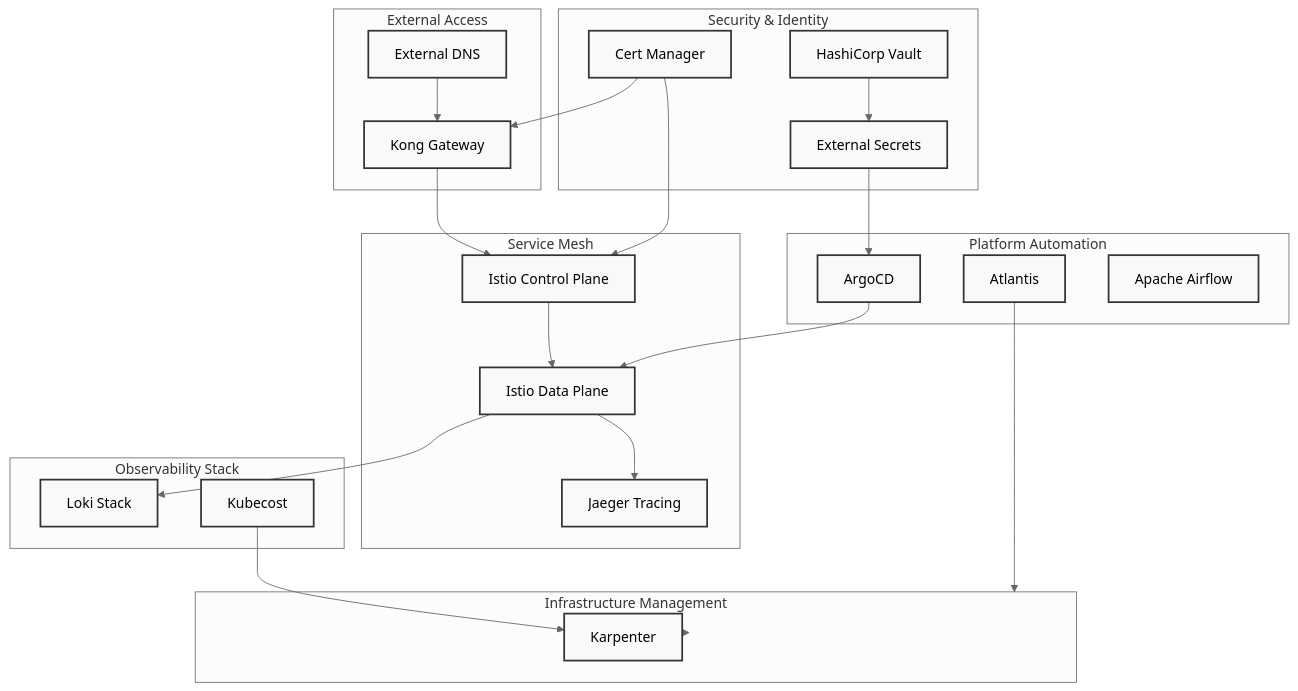
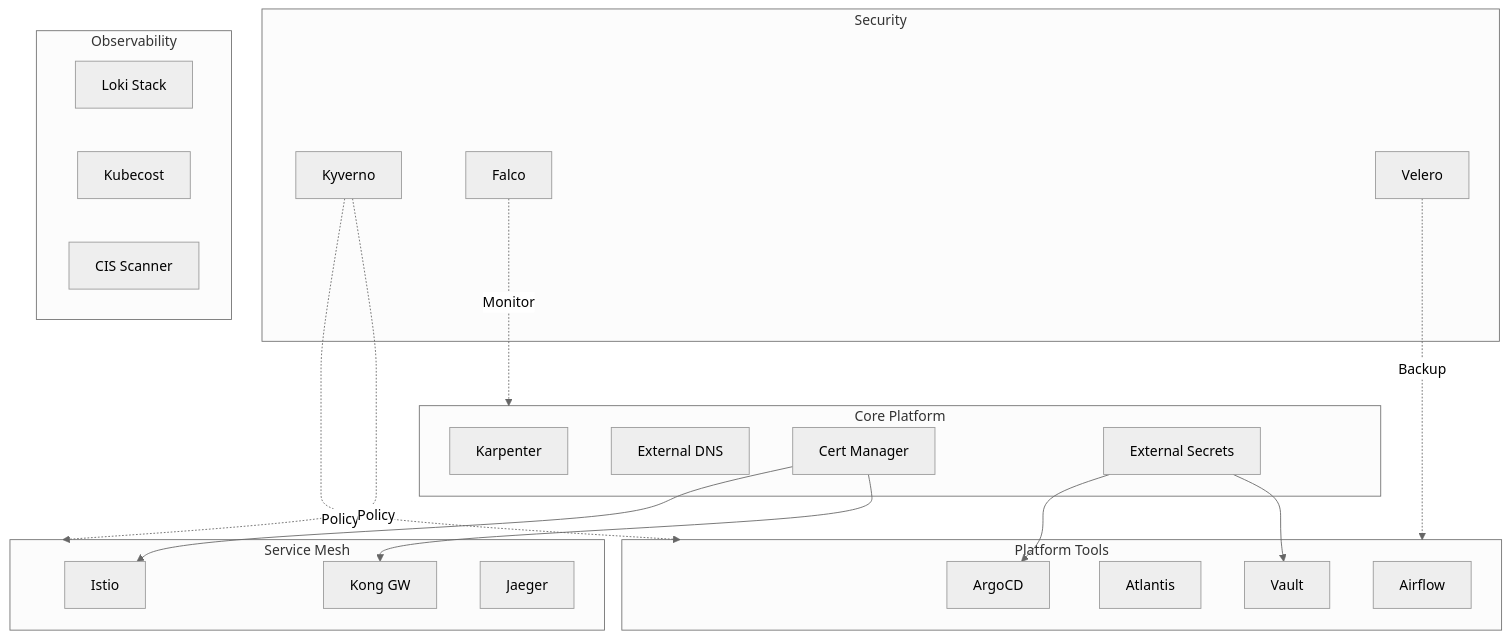
The diagram in README.md (cloudon-one/k8s-platform-modules), drawn with Mermaid (neutral theme) before and after one commit. The commit also changed other lines of this file and 35 other files, not shown here.

````diff
--- a/README.md
+++ b/README.md
@@ -47,62 +51,28 @@
 ```mermaid
 graph TB
-    subgraph External["External Access"]
-        DNS[External DNS]
-        KongGW[Kong Gateway]
+    subgraph Core["Core Platform"]
+        Karpenter & ExDNS["External DNS"] & CertMgr["Cert Manager"] & ExtSec["External Secrets"]
     end
 
-    subgraph Security["Security & Identity"]
-        Cert[Cert Manager]
-        Vault[HashiCorp Vault]
-        ExtSecrets[External Secrets]
+    subgraph Mesh["Service Mesh"]
+        Istio & Kong["Kong GW"] & Jaeger
     end
 
-    subgraph ServiceMesh["Service Mesh"]
-        Istio[Istio Control Plane]
-        IstioDP[Istio Data Plane]
-        Jaeger[Jaeger Tracing]
+    subgraph Sec["Security"]
+        Kyverno & Falco & Velero
     end
 
-    subgraph Observability["Observability Stack"]
-        Loki[Loki Stack]
-        Kubecost[Kubecost]
+    subgraph Obs["Observability"]
+        Loki["Loki Stack"] & Kubecost & Compliance["CIS Scanner"]
     end
 
-    subgraph Automation["Platform Automation"]
-        ArgoCD[ArgoCD]
-        Atlantis[Atlantis]
-        Airflow[Apache Airflow]
+    subgraph Tools["Platform Tools"]
+        ArgoCD & Atlantis & Vault & Airflow
     end
 
-    subgraph Infrastructure["Infrastructure Management"]
-        Karpenter[Karpenter]
-    end
-
-    %% External Access connections
-    DNS --> KongGW
-    KongGW --> Istio
-    
-    %% Security connections
-    Cert --> KongGW
-    Cert --> Istio
-    Vault --> ExtSecrets
-    ExtSecrets --> ArgoCD
-    
-    %% Service Mesh connections
-    Istio --> IstioDP
-    IstioDP --> Jaeger
-    
-    %% Observability connections
-    IstioDP --> Loki
-    Kubecost --> Karpenter
-    
-    %% Automation connections
-    ArgoCD --> IstioDP
-    Atlantis --> Infrastructure
-    
-    %% Infrastructure connections
-    Karpenter --> Infrastructure
-
-    classDef default fill:#f9f9f9,stroke:#333,stroke-width:2px;
-    classDef highlight fill:#e8f4ea,stroke:#45b164,stroke-width:2px;
+    CertMgr --> Istio & Kong
+    ExtSec --> ArgoCD & Vault
+    Kyverno -.->|Policy| Tools & Mesh
+    Falco -.->|Monitor| Core
+    Velero -.->|Backup| Tools
 ```
````
